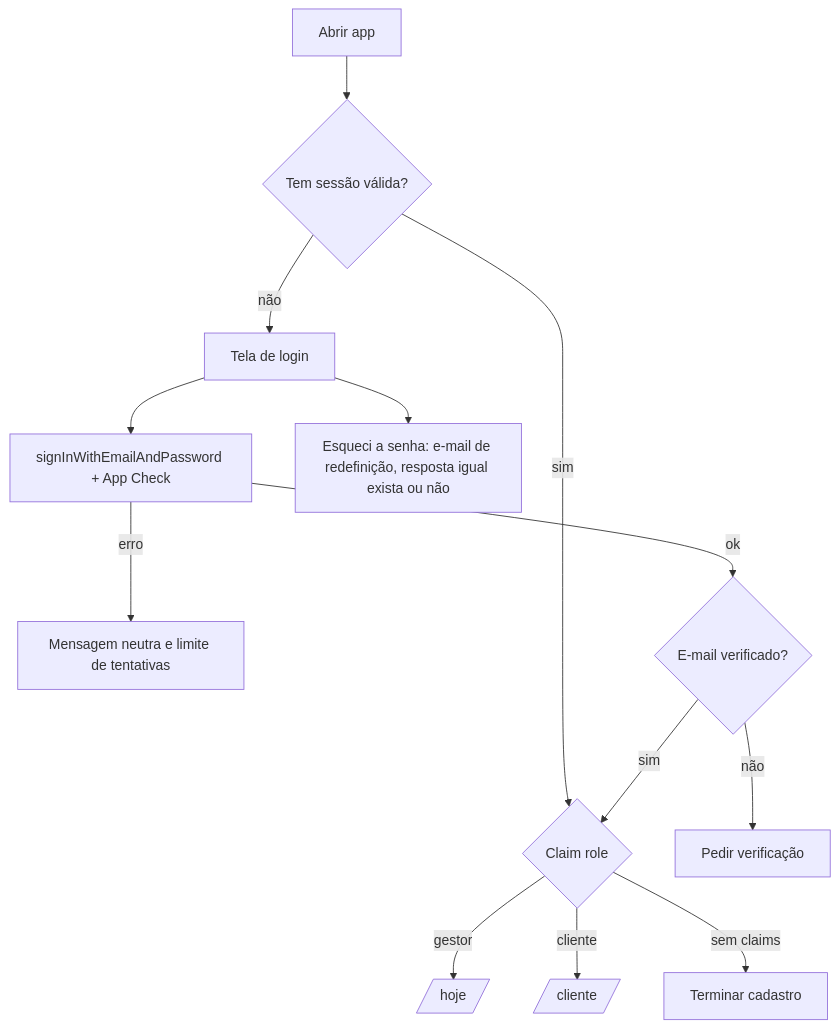
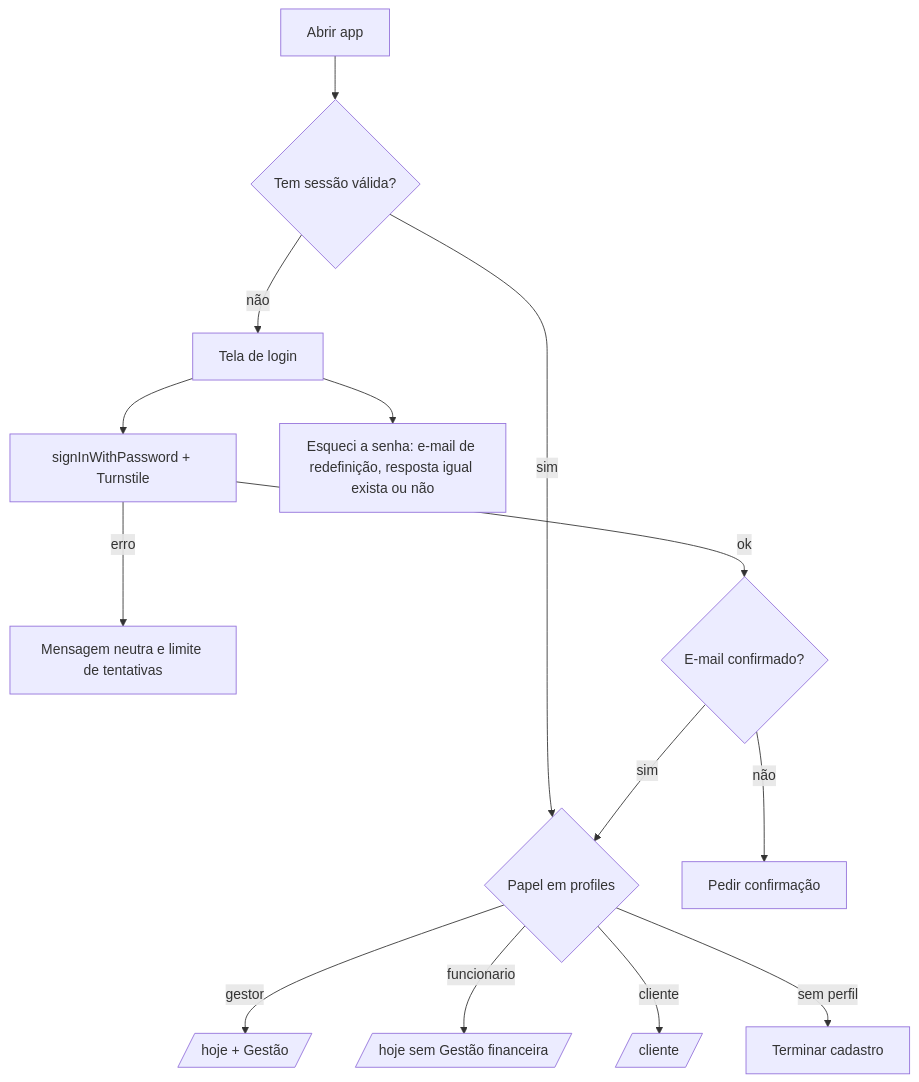
Before and after one commit to prlogicsports-gif/estet-boost-app: the third of 7 diagrams in docs/FLUXOS.md, drawn with Mermaid. The commit also changed other lines of this file and 10 other files, not shown here.

````diff
--- a/docs/FLUXOS.md
+++ b/docs/FLUXOS.md
@@ -67,15 +68,16 @@
 ```mermaid
 flowchart TD
   A[Abrir app] --> B{Tem sessão válida?}
-  B -- sim --> H{Claim role}
+  B -- sim --> H{Papel em profiles}
   B -- não --> L[Tela de login]
-  L --> M[signInWithEmailAndPassword + App Check]
+  L --> M[signInWithPassword + Turnstile]
   M -- erro --> N[Mensagem neutra e limite de tentativas]
-  M -- ok --> V{E-mail verificado?}
-  V -- não --> W[Pedir verificação]
+  M -- ok --> V{E-mail confirmado?}
+  V -- não --> W[Pedir confirmação]
   V -- sim --> H
-  H -- gestor --> G[/hoje/]
+  H -- gestor --> G[/hoje + Gestão/]
+  H -- funcionario --> F[/hoje sem Gestão financeira/]
   H -- cliente --> C[/cliente/]
-  H -- sem claims --> X[Terminar cadastro]
+  H -- sem perfil --> X[Terminar cadastro]
   L --> R[Esqueci a senha: e-mail de redefinição, resposta igual exista ou não]
 ```
````
